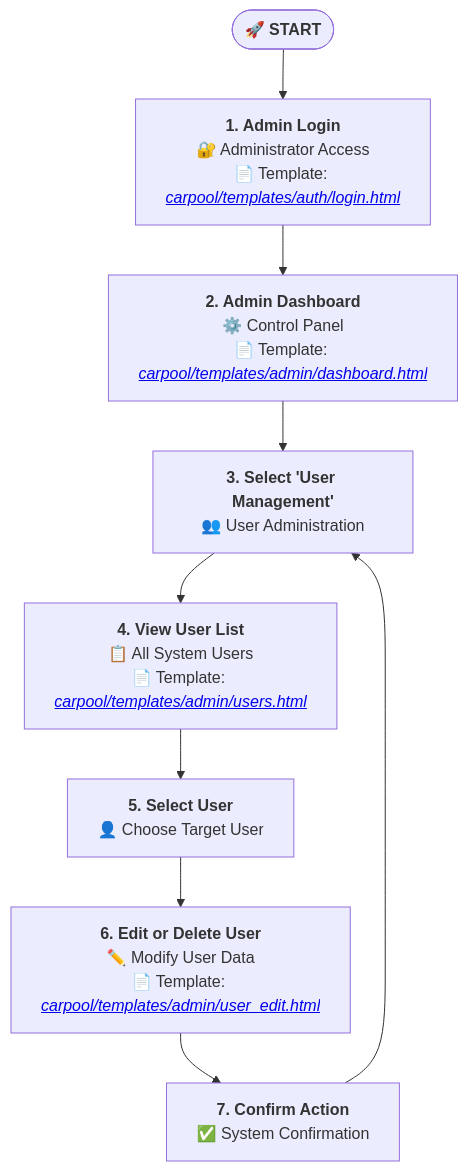
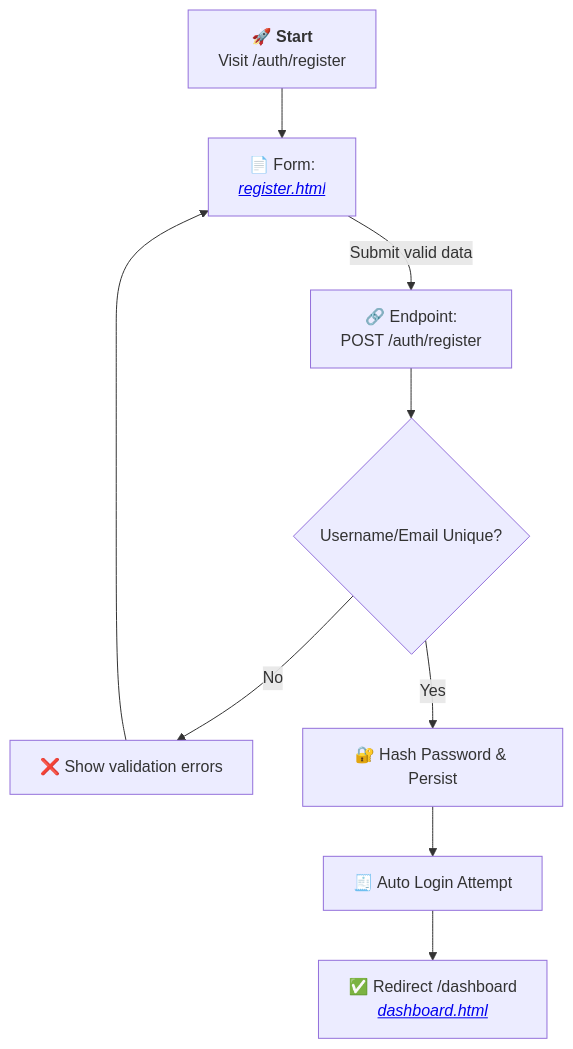
The first of 9 diagrams in docs/user_flow_diagrams.md (spazyCZ/rbcz_gh-copilot-basic_carpool_clean_1), drawn with Mermaid before and after one commit. The commit also changed other lines of this file and 8 other files, not shown here.

````diff
--- a/docs/user_flow_diagrams.md
+++ b/docs/user_flow_diagrams.md
@@ -73,11 +20,11 @@
 ```mermaid
 flowchart TD
-    Start(["<strong>🚀 START</strong>"]) --> AdminLogin["<strong>1. Admin Login</strong><br/>🔐 Administrator Access<br/>📄 Template: <a href='../carpool/templates/auth/login.html'><em>carpool/templates/auth/login.html</em></a>"]
-    AdminLogin --> AdminDashboard["<strong>2. Admin Dashboard</strong><br/>⚙️ Control Panel<br/>📄 Template: <a href='../carpool/templates/admin/dashboard.html'><em>carpool/templates/admin/dashboard.html</em></a>"]
-    AdminDashboard --> UserMgmt["<strong>3. Select 'User Management'</strong><br/>👥 User Administration"]
-    UserMgmt --> ViewUsers["<strong>4. View User List</strong><br/>📋 All System Users<br/>📄 Template: <a href='../carpool/templates/admin/users.html'><em>carpool/templates/admin/users.html</em></a>"]
-    ViewUsers --> SelectUser["<strong>5. Select User</strong><br/>👤 Choose Target User"]
-    SelectUser --> EditOrDelete["<strong>6. Edit or Delete User</strong><br/>✏️ Modify User Data<br/>📄 Template: <a href='../carpool/templates/admin/user_edit.html'><em>carpool/templates/admin/user_edit.html</em></a>"]
-    EditOrDelete --> ConfirmAction["<strong>7. Confirm Action</strong><br/>✅ System Confirmation"]
-    ConfirmAction --> UserMgmt
+    A[🚀 <strong>Start</strong><br/>Visit /auth/register] --> B[📄 Form:<br/><a href='../templates/auth/register.html'><em>register.html</em></a>]
+    B -->|Submit valid data| C[🔗 Endpoint:<br/>POST /auth/register]
+    C --> D{Username/Email Unique?}
+    D -->|No| E[❌ Show validation errors]
+    E --> B
+    D -->|Yes| F[🔐 Hash Password & Persist]
+    F --> G[🧾 Auto Login Attempt]
+    G --> H[✅ Redirect /dashboard<br/><a href='../templates/dashboard.html'><em>dashboard.html</em></a>]
 ```
````
